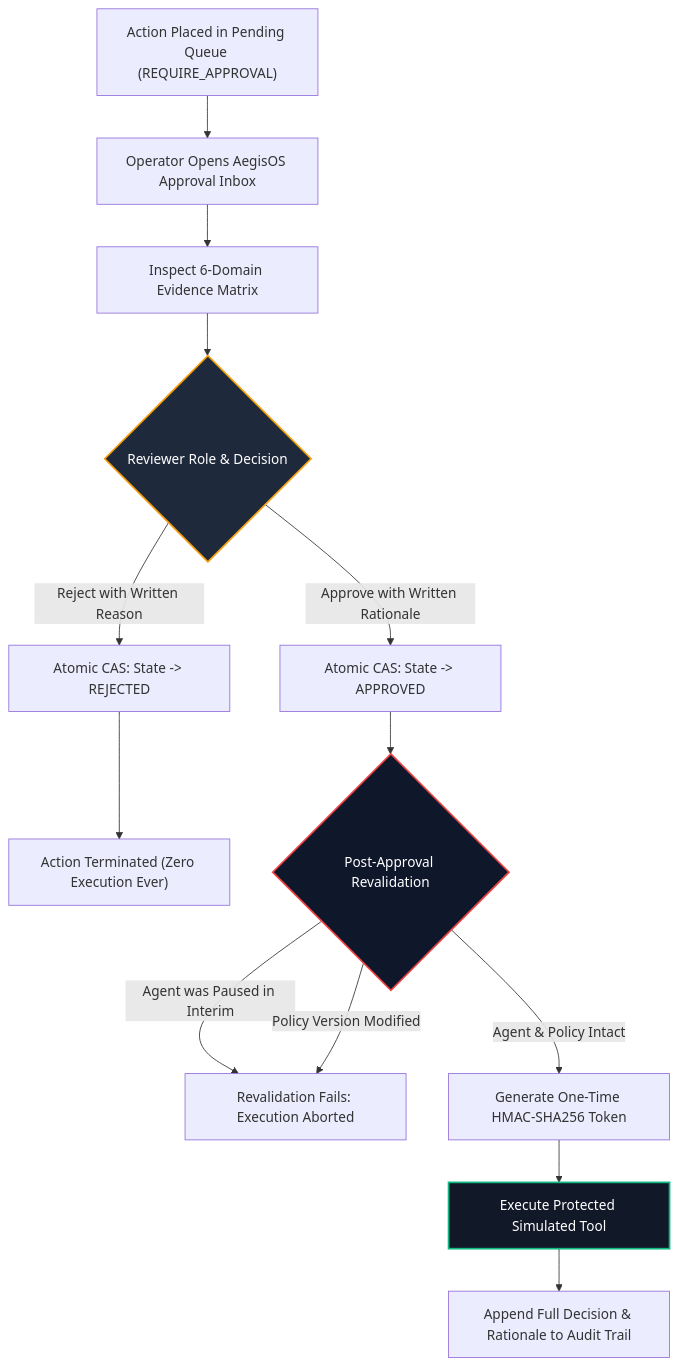
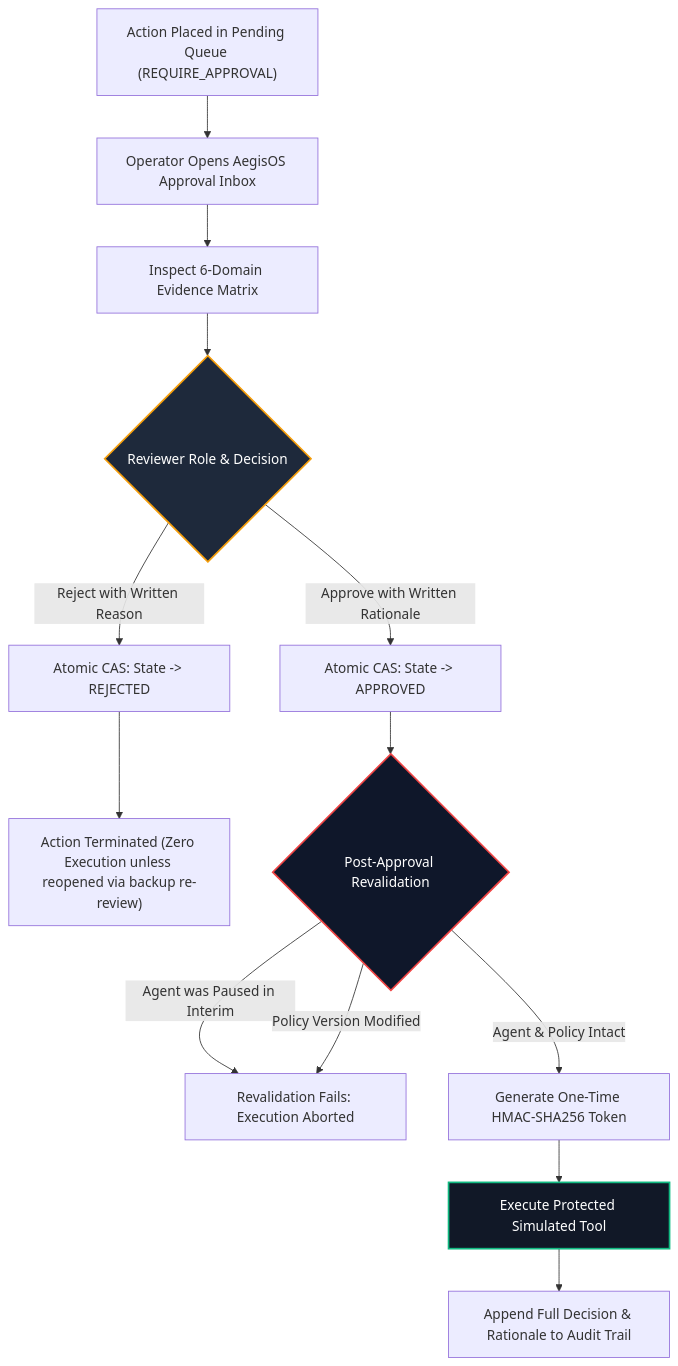
Before and after one commit to Divyanshu123-code/codex: the second of 3 diagrams in README.md, drawn with Mermaid. The commit also changed other lines of this file and 22 other files, not shown here.

````diff
--- a/README.md
+++ b/README.md
@@ -117,23 +117,23 @@
 ```mermaid
 flowchart TD
     A["Action Placed in Pending Queue (REQUIRE_APPROVAL)"] --> B["Operator Opens AegisOS Approval Inbox"]
     
     B --> C["Inspect 6-Domain Evidence Matrix"]
     C --> D{"Reviewer Role & Decision"}
     
     D -- "Reject with Written Reason" --> E["Atomic CAS: State -> REJECTED"]
-    E --> F["Action Terminated (Zero Execution Ever)"]
+    E --> F["Action Terminated (Zero Execution unless reopened via backup re-review)"]
     
     D -- "Approve with Written Rationale" --> G["Atomic CAS: State -> APPROVED"]
     G --> H{"Post-Approval Revalidation"}
     H -- "Agent was Paused in Interim" --> I["Revalidation Fails: Execution Aborted"]
     H -- "Policy Version Modified" --> I
     H -- "Agent & Policy Intact" --> J["Generate One-Time HMAC-SHA256 Token"]
     
     J --> K["Execute Protected Simulated Tool"]
     K --> L["Append Full Decision & Rationale to Audit Trail"]
 
     style D fill:#1e293b,stroke:#f59e0b,stroke-width:2px,color:#fff
     style H fill:#0f172a,stroke:#ef4444,stroke-width:2px,color:#fff
     style K fill:#111827,stroke:#10b981,stroke-width:2px,color:#fff
 ```
````
